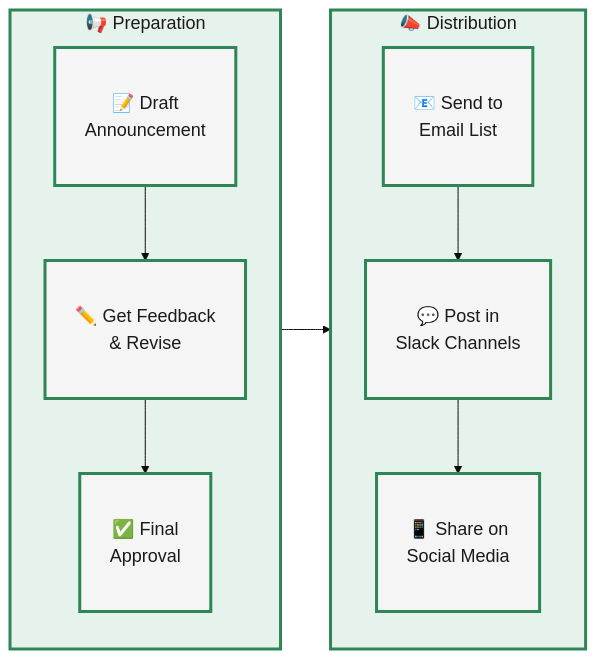
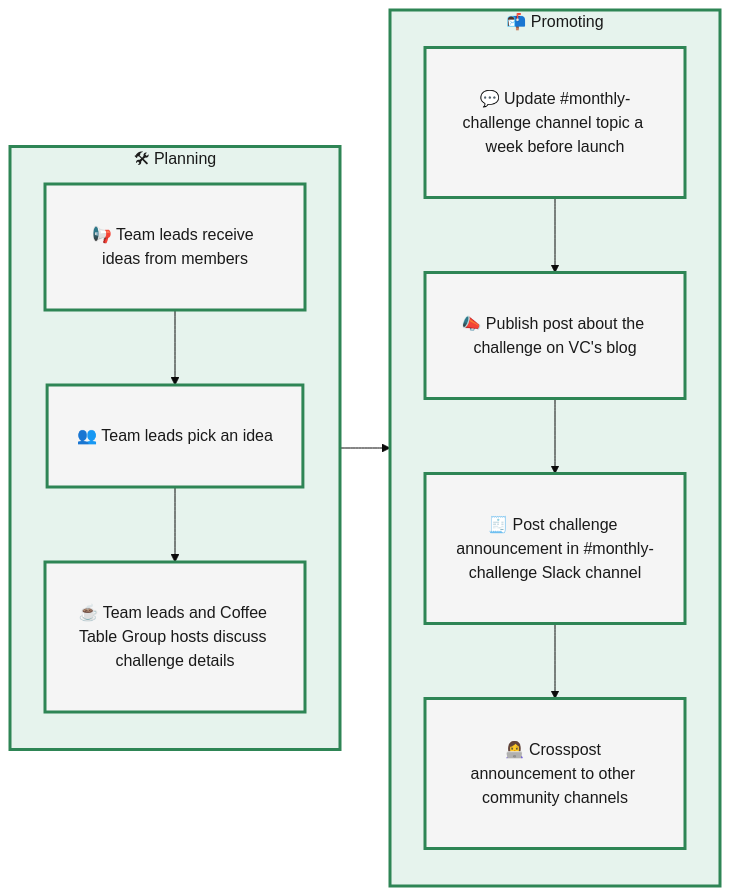
The first of 2 diagrams in docs/monthly-challenges/facilitators-docs/facilitate-a-challenge.md (CBID2/VC-Community-Docs), drawn with Mermaid before and after one commit. The commit also changed other lines of this file and 1 other file, not shown here.

First line of the commit message:
Update Lunch & Learn process docs and flowchart

````diff
--- a/docs/monthly-challenges/facilitators-docs/facilitate-a-challenge.md
+++ b/docs/monthly-challenges/facilitators-docs/facilitate-a-challenge.md
@@ -108,29 +48,30 @@
-```mermaid
-%%{init: {'theme':'base', 'themeVariables': {'fontSize':'18px', 'fontFamily':'arial'}}}%%
-flowchart LR
-  %% Left Column - Preparation
-  subgraph A["📢 Preparation"]
-    direction TB
-    A1["📝 Draft<br/>Announcement"]
-    A2["✏️ Get Feedback<br/>& Revise"]
-    A3["✅ Final<br/>Approval"]
-    A1 --> A2 --> A3
-  end
+  ```mermaid
+  %%{init: {'theme':'base', 'themeVariables': {'fontSize':'16px', 'fontFamily':'arial'}}}%%
+  flowchart LR
+    %% Left Column - Planning
+    subgraph A["🛠 Planning"]
+      direction TB
+      A1["📢 Team leads receive ideas from members"]
+      A2["👥 Team leads pick an idea"]
+      A3["☕ Team leads and Coffee Table Group hosts discuss challenge details"]
+      A1 --> A2 --> A3
+    end
 
-  %% Right Column - Distribution
-  subgraph B["📣 Distribution"]
-    direction TB
-    B1["📧 Send to<br/>Email List"]
-    B2["💬 Post in<br/>Slack Channels"]
-    B3["📱 Share on<br/>Social Media"]
-    B1 --> B2 --> B3
-  end
+    %% Right Column - Promoting
+    subgraph B["📬 Promoting"]
+      direction TB
+      B1["💬 Update #monthly-challenge channel topic a week before launch"]
+      B2["📣 Publish post about the challenge on VC's blog"]
+      B3["🧾 Post challenge announcement in #monthly-challenge Slack channel"]
+      B4["👩‍💻 Crosspost announcement to other community channels"]
+      B1 --> B2 --> B3 --> B4
+    end
 
-  %% Flow between columns
-  A3 --> B1
+    %% Flow between columns
+    A3 --> B1
 
-  %% Styling
-  classDef default fill:#f5f5f5,stroke:#2e8555,stroke-width:3px,color:#1a1a1a,padding:15px;
-  classDef process fill:#e6f3ed,stroke:#2e8555,stroke-width:3px,color:#1a1a1a;
-  class A,B process;
-```
+    %% Styling
+    classDef default fill:#f5f5f5,stroke:#2e8555,stroke-width:3px,color:#1a1a1a,padding:15px;
+    classDef process fill:#e6f3ed,stroke:#2e8555,stroke-width:3px,color:#1a1a1a;
+    class A,B process;
+  ```
````
